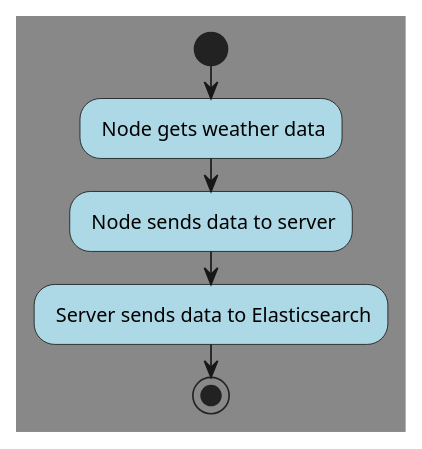
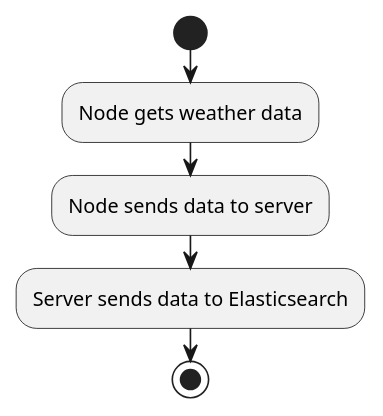
The diagram in docs/server-flow.puml (james-cathcart/indoor-weather-server), drawn with PlantUML before and after one commit. The commit also changed 11 other files, not shown here.

```diff
--- a/docs/server-flow.puml
+++ b/docs/server-flow.puml
@@ -1,14 +1,10 @@
 @startuml
 'https://plantuml.com/activity-diagram-beta
 
-skinparam {
-    backgroundColor #888
-}
-
 start
-#LightBlue: Node gets weather data;
-#LightBlue: Node sends data to server;
-#LightBlue: Server sends data to Elasticsearch;
+:Node gets weather data;
+:Node sends data to server;
+:Server sends data to Elasticsearch;
 stop
 
 @enduml
```
